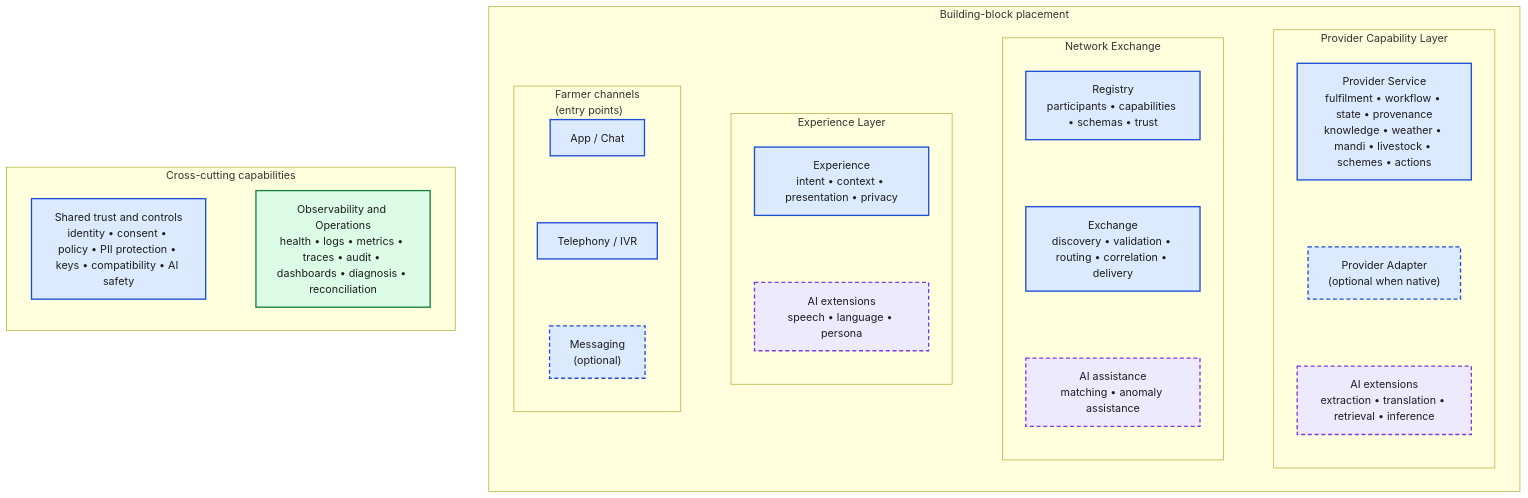
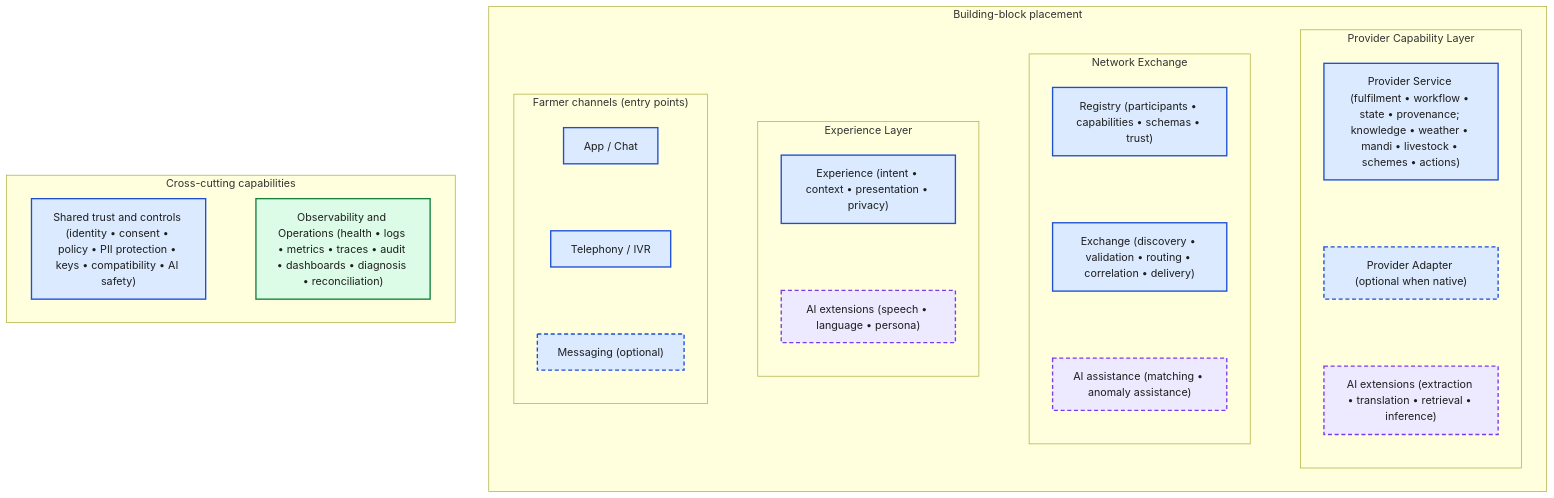
The fourth of 8 diagrams in PROPOSED_ARCHITECTURE.md (manjudr/documents), drawn with Mermaid before and after one commit. The commit also changed other lines of this file and 1 other file, not shown here.

Commit message:
docs: make proposed Mermaid labels GitHub-safe

````diff
--- a/PROPOSED_ARCHITECTURE.md
+++ b/PROPOSED_ARCHITECTURE.md
@@ -246,61 +246,61 @@
 ```mermaid
 flowchart TB
   subgraph F["Building-block placement"]
     direction LR
 
-    subgraph C["Farmer channels<br/>(entry points)"]
+    subgraph C["Farmer channels (entry points)"]
       direction TB
       APP["App / Chat"]
       TEL["Telephony / IVR"]
-      MSG["Messaging<br/>(optional)"]
+      MSG["Messaging (optional)"]
       APP ~~~ TEL
       TEL ~~~ MSG
     end
 
     subgraph EL["Experience Layer"]
       direction TB
-      E["Experience<br/>intent • context • presentation • privacy"]
-      EAI["AI extensions<br/>speech • language • persona"]
+      E["Experience (intent • context • presentation • privacy)"]
+      EAI["AI extensions (speech • language • persona)"]
       E ~~~ EAI
     end
 
     subgraph NX["Network Exchange"]
       direction TB
-      R["Registry<br/>participants • capabilities • schemas • trust"]
-      X["Exchange<br/>discovery • validation • routing • correlation • delivery"]
-      NAI["AI assistance<br/>matching • anomaly assistance"]
+      R["Registry (participants • capabilities • schemas • trust)"]
+      X["Exchange (discovery • validation • routing • correlation • delivery)"]
+      NAI["AI assistance (matching • anomaly assistance)"]
       R ~~~ X
       X ~~~ NAI
     end
 
     subgraph PL["Provider Capability Layer"]
       direction TB
-      P["Provider Service<br/>fulfilment • workflow • state • provenance<br/>knowledge • weather • mandi • livestock • schemes • actions"]
-      PA["Provider Adapter<br/>(optional when native)"]
-      PAI["AI extensions<br/>extraction • translation • retrieval • inference"]
+      P["Provider Service (fulfilment • workflow • state • provenance; knowledge • weather • mandi • livestock • schemes • actions)"]
+      PA["Provider Adapter (optional when native)"]
+      PAI["AI extensions (extraction • translation • retrieval • inference)"]
       P ~~~ PA
       PA ~~~ PAI
     end
 
     APP ~~~ E
     E ~~~ R
     R ~~~ P
   end
 
   subgraph S["Cross-cutting capabilities"]
     direction LR
-    T["Shared trust and controls<br/>identity • consent • policy • PII protection • keys • compatibility • AI safety"]
-    O["Observability and Operations<br/>health • logs • metrics • traces • audit • dashboards • diagnosis • reconciliation"]
+    T["Shared trust and controls (identity • consent • policy • PII protection • keys • compatibility • AI safety)"]
+    O["Observability and Operations (health • logs • metrics • traces • audit • dashboards • diagnosis • reconciliation)"]
     T ~~~ O
   end
 
   classDef deterministic fill:#dbeafe,stroke:#1d4ed8,color:#1e1e1e,stroke-width:2px
   classDef ai fill:#ede9fe,stroke:#7c3aed,color:#1e1e1e,stroke-width:2px
   classDef observability fill:#dcfce7,stroke:#15803d,color:#1e1e1e,stroke-width:2px
   classDef optional stroke-dasharray:6 4
 
   class APP,TEL,MSG,E,R,X,P,PA,T deterministic
   class EAI,NAI,PAI ai
   class O observability
   class MSG,EAI,NAI,PA,PAI optional
 ```
````
